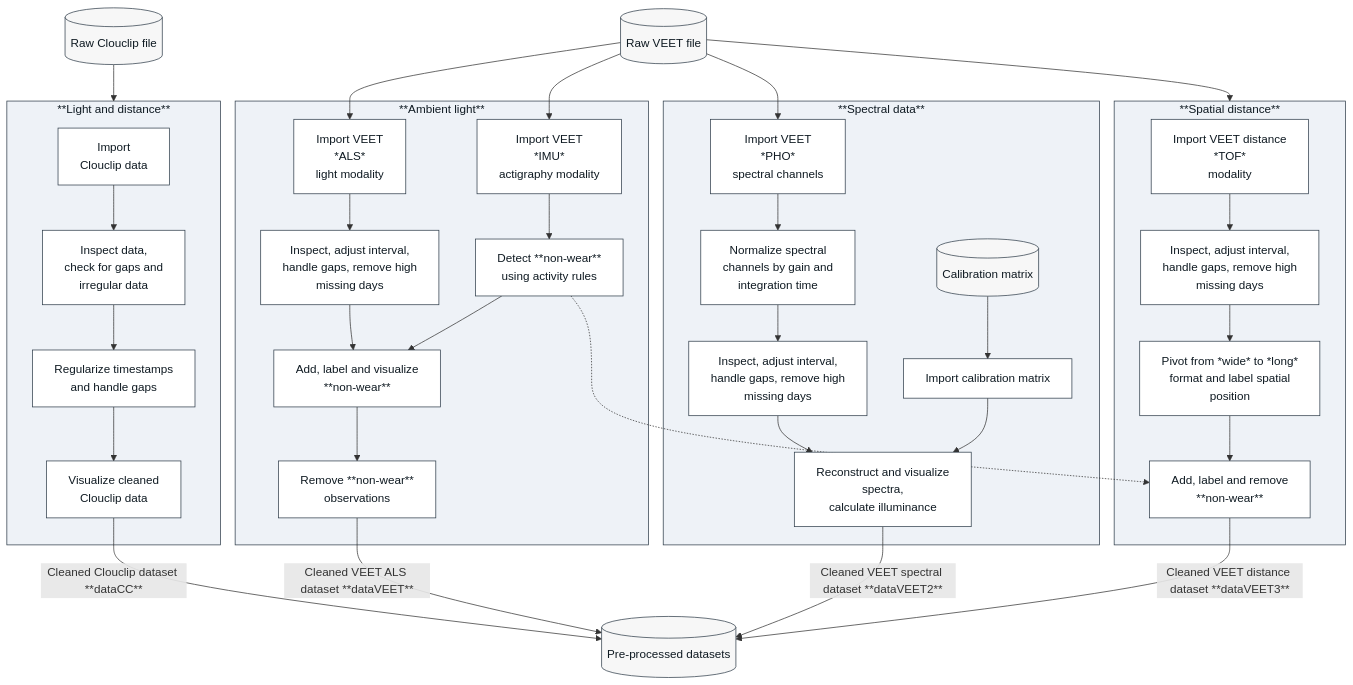
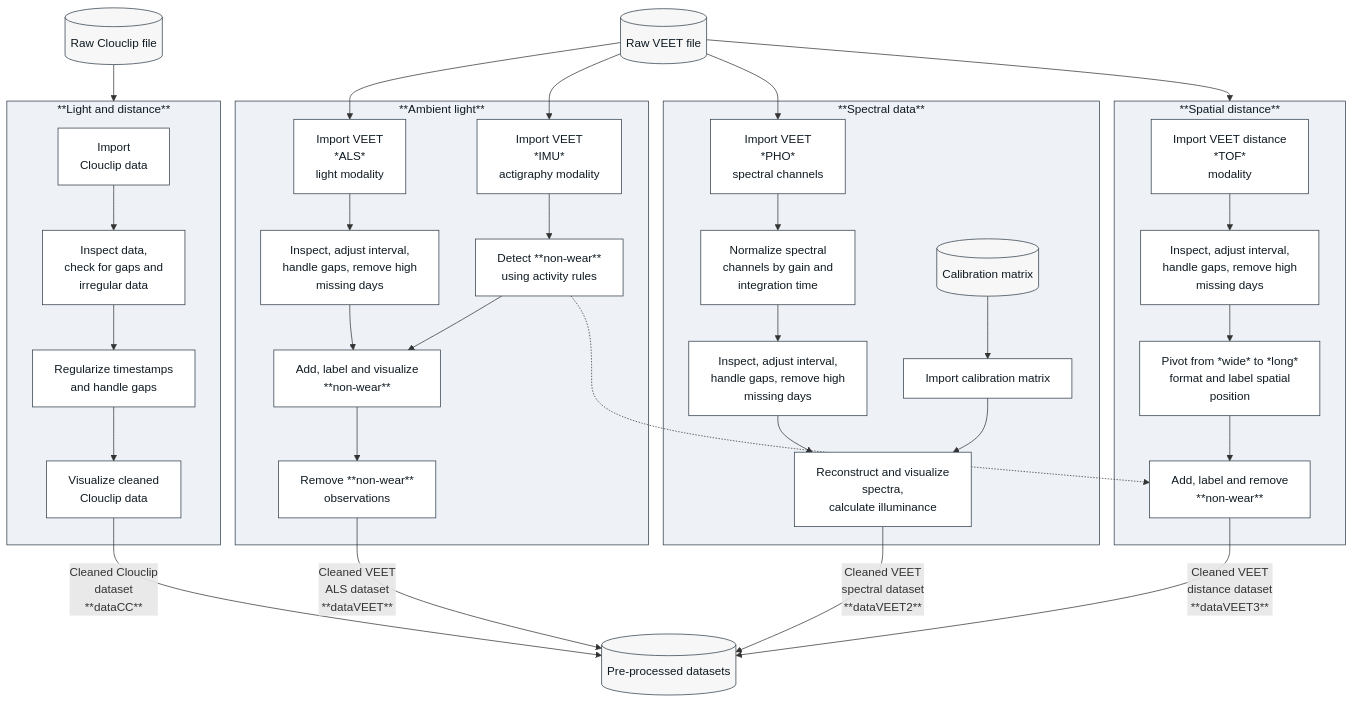
One commit to tscnlab/ZaunerEtAl_JVis_2026 changed the diagram in _flowchart_supplement.qmd. Above: the diagram before and after it, drawn with Mermaid. The commit also changed 6 other files, not shown here.

Commit message:
updates to flowcharts

````diff
--- a/_flowchart_supplement.qmd
+++ b/_flowchart_supplement.qmd
@@ -80,10 +80,10 @@
 %% ===== Save outputs =====
 SAVE[(Pre-processed datasets)]:::input
 
-CC_VIS -- Cleaned Clouclip dataset **dataCC** --> SAVE
-ALS_CLEAN -- Cleaned VEET ALS dataset **dataVEET** --> SAVE
-SPEC_RECON -- Cleaned VEET spectral dataset **dataVEET2** --> SAVE
-TOF_NONWEAR -- Cleaned VEET distance dataset **dataVEET3** --> SAVE
+CC_VIS -- Cleaned Clouclip<br/>dataset<br/>**dataCC** --> SAVE
+ALS_CLEAN -- Cleaned VEET<br/>ALS dataset<br/>**dataVEET** --> SAVE
+SPEC_RECON -- Cleaned VEET<br/>spectral dataset<br/>**dataVEET2** --> SAVE
+TOF_NONWEAR -- Cleaned VEET<br/>distance dataset<br/>**dataVEET3** --> SAVE
 
 class Clouclip,Distance,Spectrum,Light output;
 ```
````
